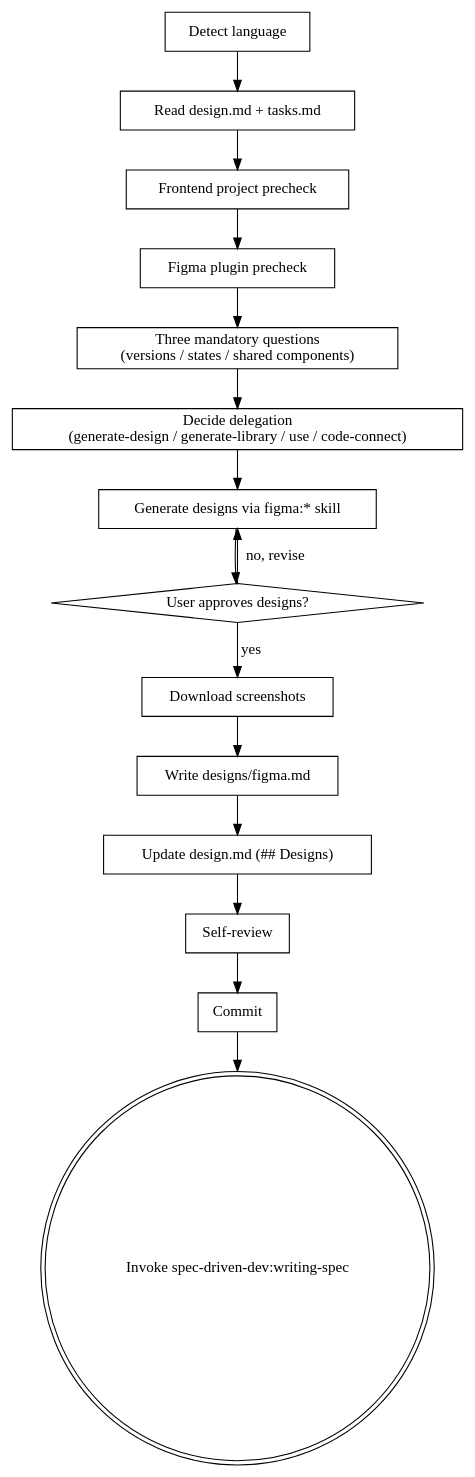
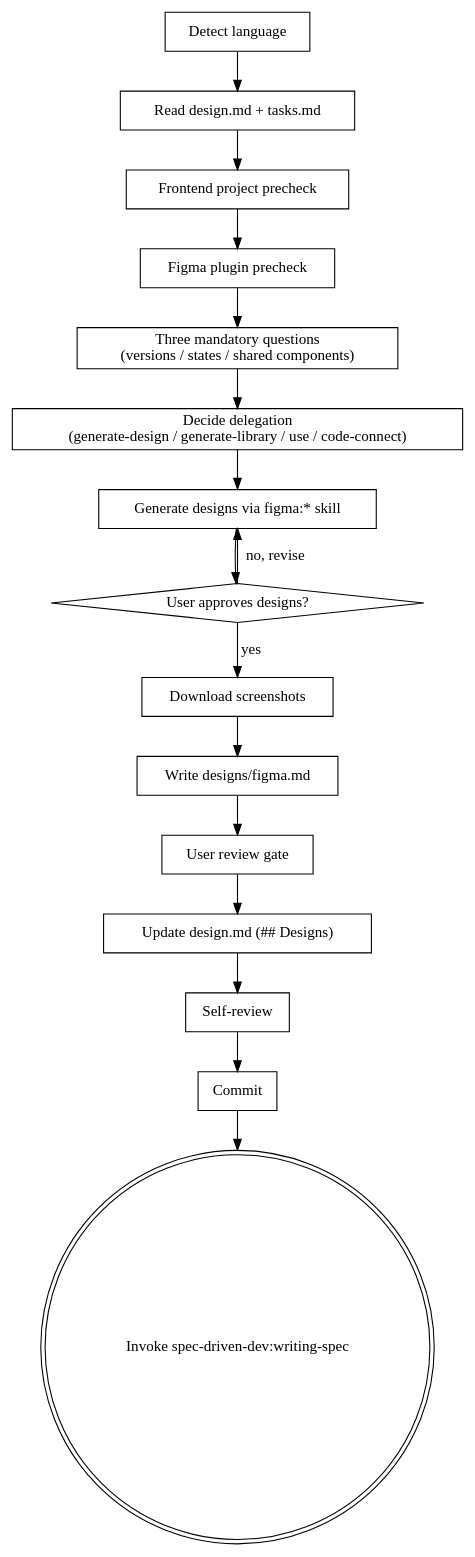
One commit to BIBIOTA/yuki-marketplace changed the diagram in plugins/spec-driven-dev/skills/writing-figma/SKILL.md. Above: the diagram before and after it, drawn with Graphviz. The commit also changed other lines of this file, not shown here.

Commit message:
fix: address writing-figma skill review feedback

````diff
--- a/plugins/spec-driven-dev/skills/writing-figma/SKILL.md
+++ b/plugins/spec-driven-dev/skills/writing-figma/SKILL.md
@@ -66,35 +67,37 @@
 ```dot
 digraph writing_figma {
     rankdir=TB;
 
     "Detect language" [shape=box];
     "Read design.md + tasks.md" [shape=box];
     "Frontend project precheck" [shape=box];
     "Figma plugin precheck" [shape=box];
     "Three mandatory questions\n(versions / states / shared components)" [shape=box];
     "Decide delegation\n(generate-design / generate-library / use / code-connect)" [shape=box];
     "Generate designs via figma:* skill" [shape=box];
     "User approves designs?" [shape=diamond];
     "Download screenshots" [shape=box];
     "Write designs/figma.md" [shape=box];
+    "User review gate" [shape=box];
     "Update design.md (## Designs)" [shape=box];
     "Self-review" [shape=box];
     "Commit" [shape=box];
     "Invoke spec-driven-dev:writing-spec" [shape=doublecircle];
 
     "Detect language" -> "Read design.md + tasks.md";
     "Read design.md + tasks.md" -> "Frontend project precheck";
     "Frontend project precheck" -> "Figma plugin precheck";
     "Figma plugin precheck" -> "Three mandatory questions\n(versions / states / shared components)";
     "Three mandatory questions\n(versions / states / shared components)" -> "Decide delegation\n(generate-design / generate-library / use / code-connect)";
     "Decide delegation\n(generate-design / generate-library / use / code-connect)" -> "Generate designs via figma:* skill";
     "Generate designs via figma:* skill" -> "User approves designs?";
     "User approves designs?" -> "Generate designs via figma:* skill" [label="no, revise"];
     "User approves designs?" -> "Download screenshots" [label="yes"];
     "Download screenshots" -> "Write designs/figma.md";
-    "Write designs/figma.md" -> "Update design.md (## Designs)";
+    "Write designs/figma.md" -> "User review gate";
+    "User review gate" -> "Update design.md (## Designs)";
     "Update design.md (## Designs)" -> "Self-review";
     "Self-review" -> "Commit";
     "Commit" -> "Invoke spec-driven-dev:writing-spec";
 }
 ```
````
